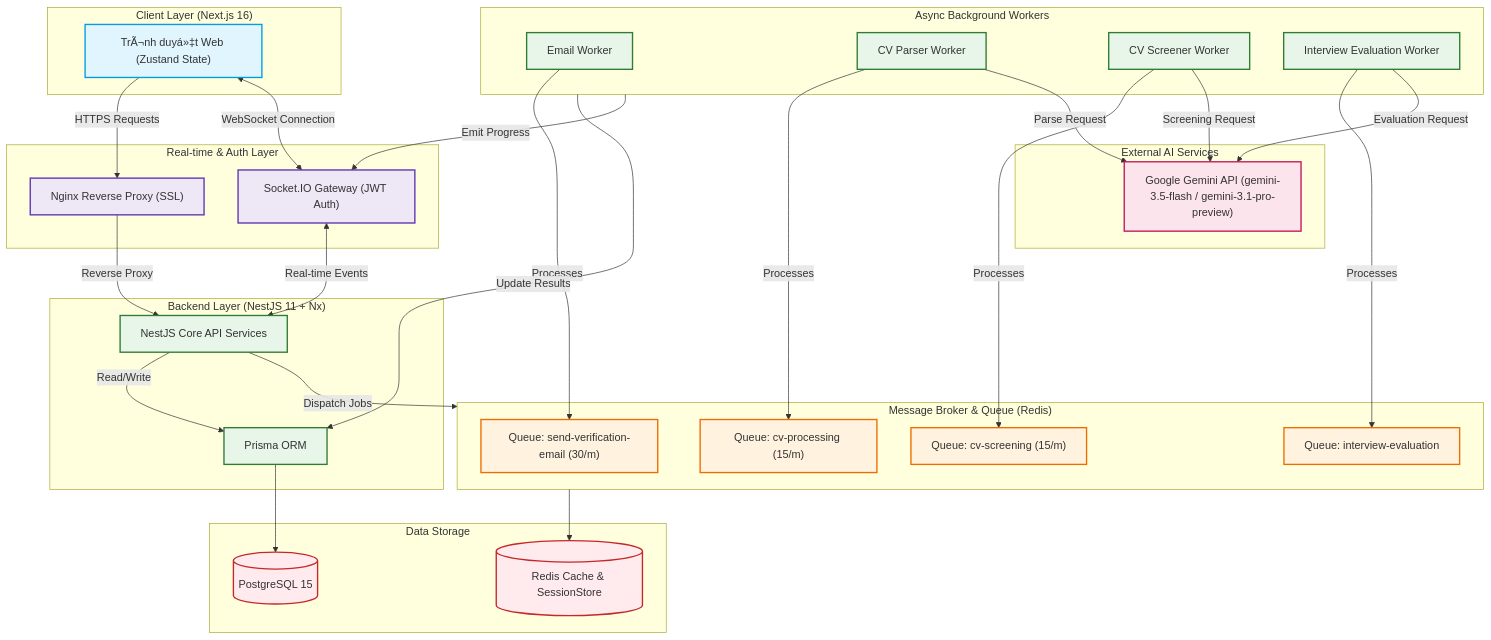
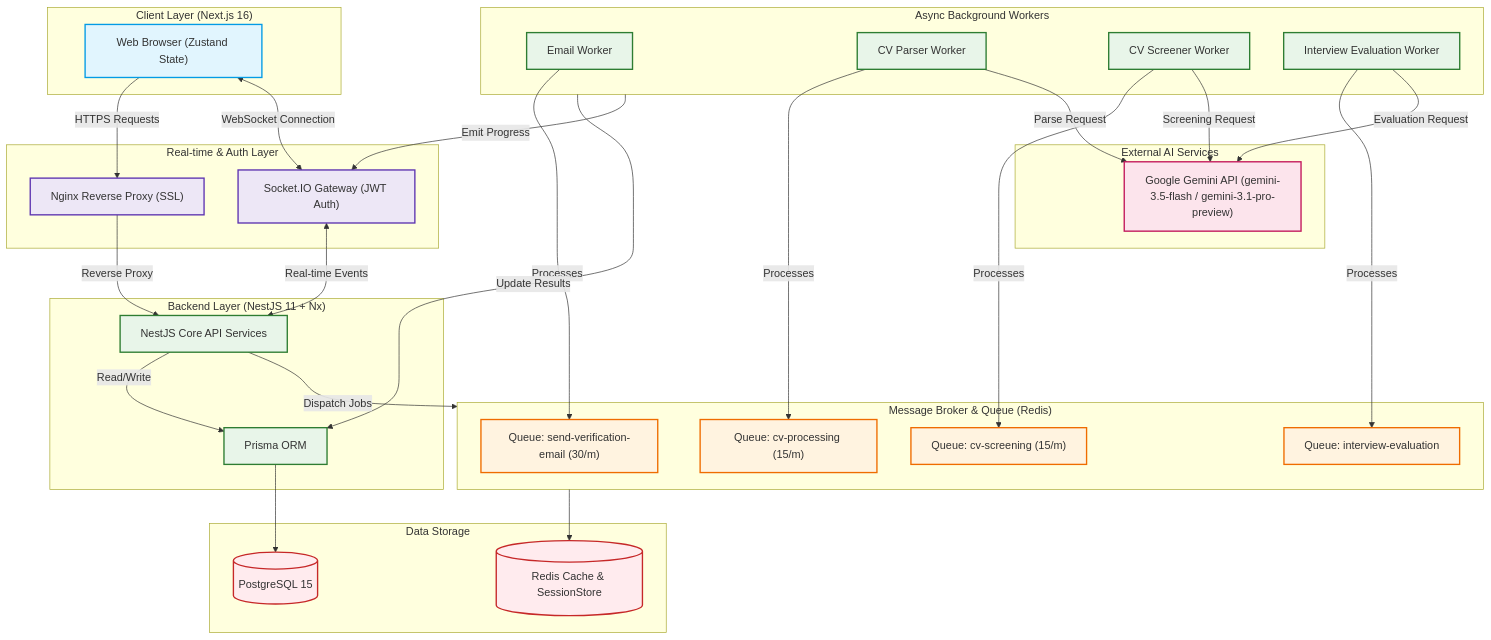
The diagram in README.md (quangtienngo661/ats-platform), drawn with Mermaid before and after one commit. The commit also changed other lines of this file, not shown here.

````diff
--- a/README.md
+++ b/README.md
@@ -51,72 +52,72 @@
 ```mermaid
 graph TD
     %% Styling
     classDef client fill:#e1f5fe,stroke:#039be5,stroke-width:2px;
     classDef gateway fill:#ede7f6,stroke:#5e35b1,stroke-width:2px;
     classDef api fill:#e8f5e9,stroke:#2e7d32,stroke-width:2px;
     classDef queue fill:#fff3e0,stroke:#ef6c00,stroke-width:2px;
     classDef db fill:#ffebee,stroke:#c62828,stroke-width:2px;
     classDef external fill:#fce4ec,stroke:#c2185b,stroke-width:2px;
 
     %% Nodes
     subgraph Client ["Client Layer (Next.js 16)"]
-        Browser["TrÃ¬nh duyá»‡t Web (Zustand State)"]:::client
+        Browser["Web Browser (Zustand State)"]:::client
     end
 
     subgraph Gateway ["Real-time & Auth Layer"]
         Nginx["Nginx Reverse Proxy (SSL)"]:::gateway
         SocketIO["Socket.IO Gateway (JWT Auth)"]:::gateway
     end
 
     subgraph Backend ["Backend Layer (NestJS 11 + Nx)"]
         API["NestJS Core API Services"]:::api
         DB_Prisma["Prisma ORM"]:::api
     end
 
     subgraph Broker ["Message Broker & Queue (Redis)"]
         Queue_Verify["Queue: send-verification-email (30/m)"]:::queue
         Queue_Parse["Queue: cv-processing (15/m)"]:::queue
         Queue_Screen["Queue: cv-screening (15/m)"]:::queue
         Queue_Interview["Queue: interview-evaluation"]:::queue
     end
 
     subgraph Workers ["Async Background Workers"]
         Worker_Verify["Email Worker"]:::api
         Worker_Parse["CV Parser Worker"]:::api
         Worker_Screen["CV Screener Worker"]:::api
         Worker_Interview["Interview Evaluation Worker"]:::api
     end
 
     subgraph Database ["Data Storage"]
         Postgres[(PostgreSQL 15)]:::db
         Redis[(Redis Cache & SessionStore)]:::db
     end
 
     subgraph AI ["External AI Services"]
         Gemini["Google Gemini API (gemini-3.5-flash / gemini-3.1-pro-preview)"]:::external
     end
 
     %% Connections
     Browser -->|HTTPS Requests| Nginx
     Nginx -->|Reverse Proxy| API
     Browser <-->|WebSocket Connection| SocketIO
     SocketIO <-->|Real-time Events| API
     
     API -->|Read/Write| DB_Prisma
     DB_Prisma --> Postgres
     
     API -->|Dispatch Jobs| Broker
     Broker --> Redis
     
     Worker_Verify -->|Processes| Queue_Verify
     Worker_Parse -->|Processes| Queue_Parse
     Worker_Screen -->|Processes| Queue_Screen
     Worker_Interview -->|Processes| Queue_Interview
     
     Worker_Parse -->|Parse Request| Gemini
     Worker_Screen -->|Screening Request| Gemini
     Worker_Interview -->|Evaluation Request| Gemini
     
     Workers -->|Update Results| DB_Prisma
     Workers -->|Emit Progress| SocketIO
 ```
````
